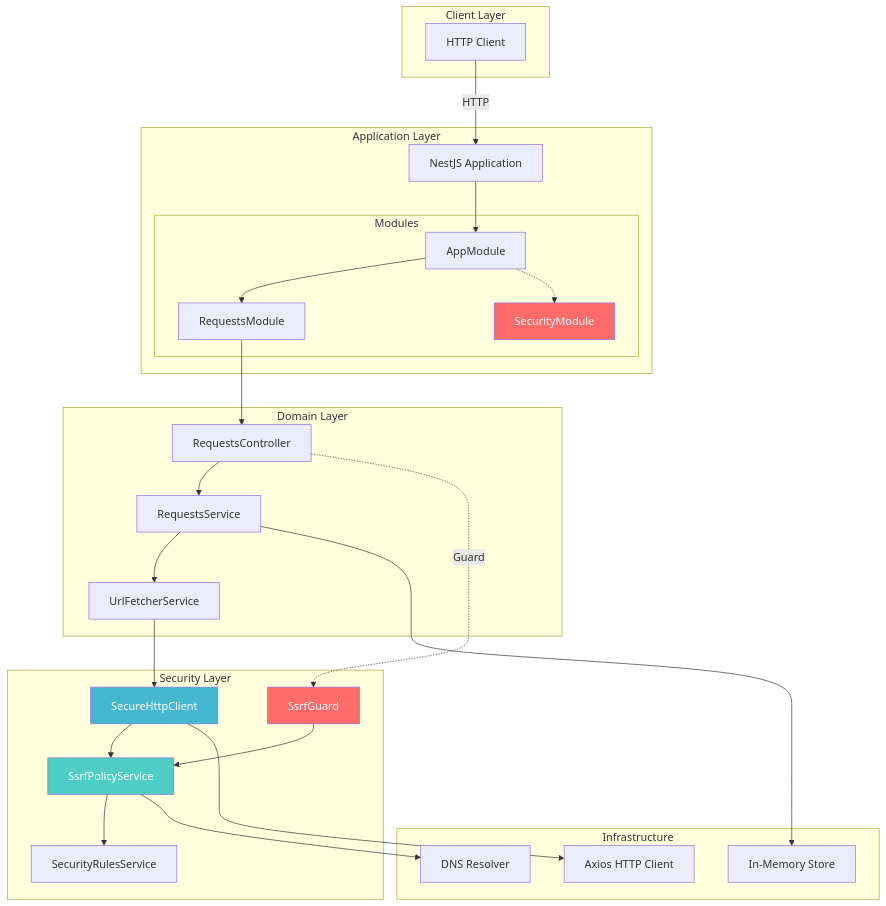
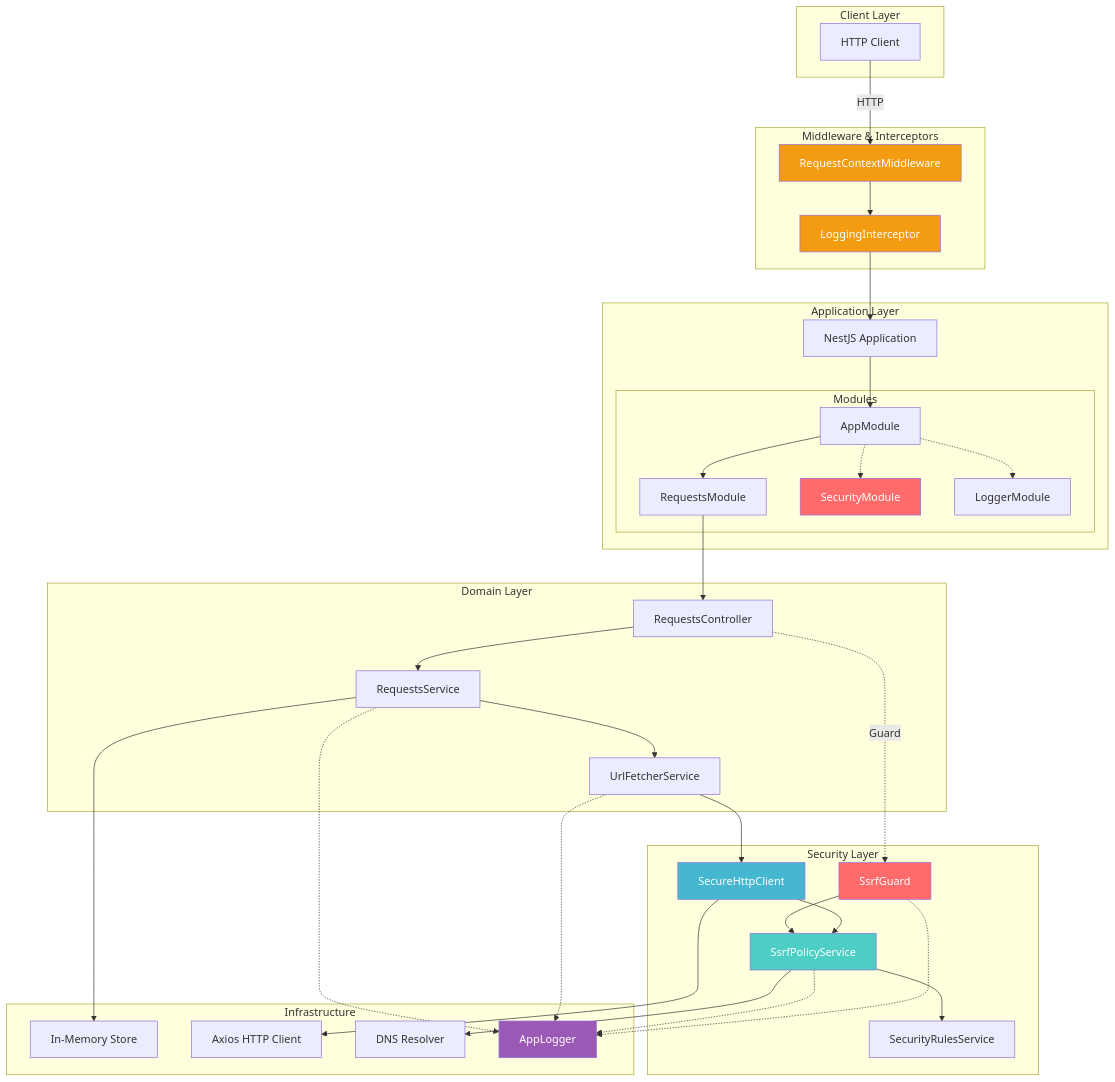
Before and after one commit to TonyYoga/url-fetcher: the first of 6 diagrams in docs/ARCHITECTURE.md, drawn with Mermaid. The commit also changed other lines of this file and 3 other files, not shown here.

````diff
--- a/docs/ARCHITECTURE.md
+++ b/docs/ARCHITECTURE.md
@@ -7,59 +7,77 @@
 ```mermaid
 graph TB
     subgraph "Client Layer"
         A[HTTP Client]
     end
 
     subgraph "Application Layer"
         B[NestJS Application]
         
         subgraph "Modules"
             C[AppModule]
             D[RequestsModule]
             E[SecurityModule]
+            E2[LoggerModule]
         end
+    end
+
+    subgraph "Middleware & Interceptors"
+        MW[RequestContextMiddleware]
+        LI[LoggingInterceptor]
     end
 
     subgraph "Domain Layer"
         F[RequestsController]
         G[RequestsService]
         H[UrlFetcherService]
     end
 
     subgraph "Security Layer"
         I[SsrfGuard]
         J[SsrfPolicyService]
         K[SecureHttpClient]
         L[SecurityRulesService]
     end
 
     subgraph "Infrastructure"
         M[In-Memory Store]
         N[Axios HTTP Client]
         O[DNS Resolver]
+        P[AppLogger]
     end
 
-    A -->|HTTP| B
+    A -->|HTTP| MW
+    MW --> LI
+    LI --> B
     B --> C
     C --> D
     C -.-> E
+    C -.-> E2
     
     D --> F
     F --> G
     G --> H
     
     F -.->|Guard| I
     H --> K
     I --> J
     K --> J
     J --> L
     
     G --> M
     K --> N
     J --> O
+    
+    G -.-> P
+    H -.-> P
+    J -.-> P
+    I -.-> P
 
     style E fill:#ff6b6b,color:#fff
     style I fill:#ff6b6b,color:#fff
     style J fill:#4ecdc4,color:#fff
     style K fill:#45b7d1,color:#fff
+    style P fill:#9b59b6,color:#fff
+    style MW fill:#f39c12,color:#fff
+    style LI fill:#f39c12,color:#fff
 ```
````
